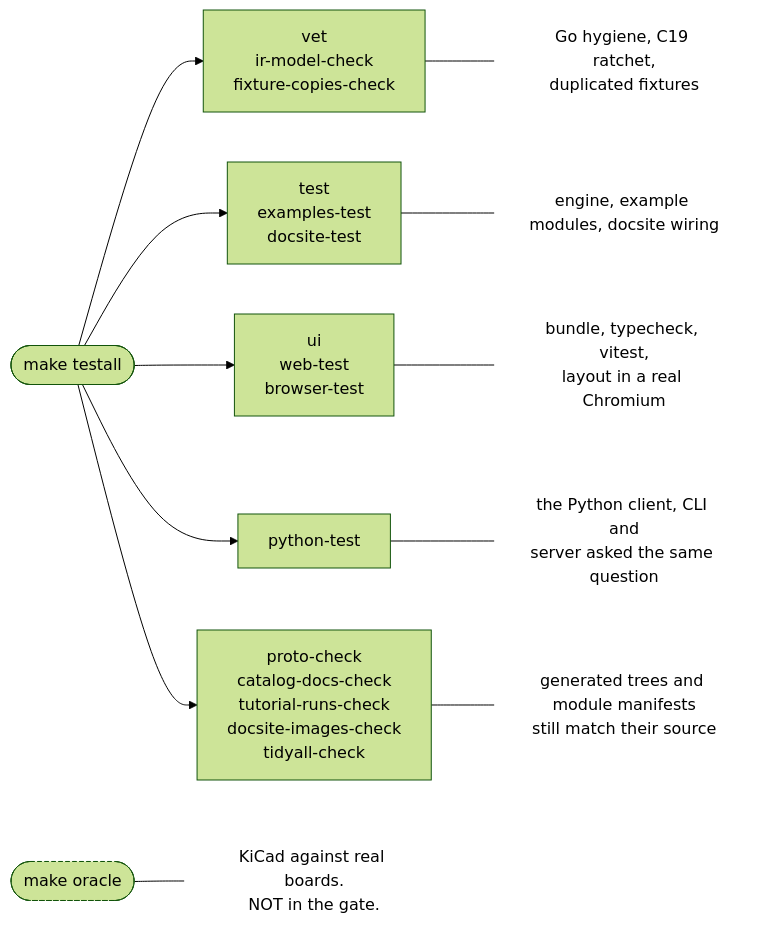
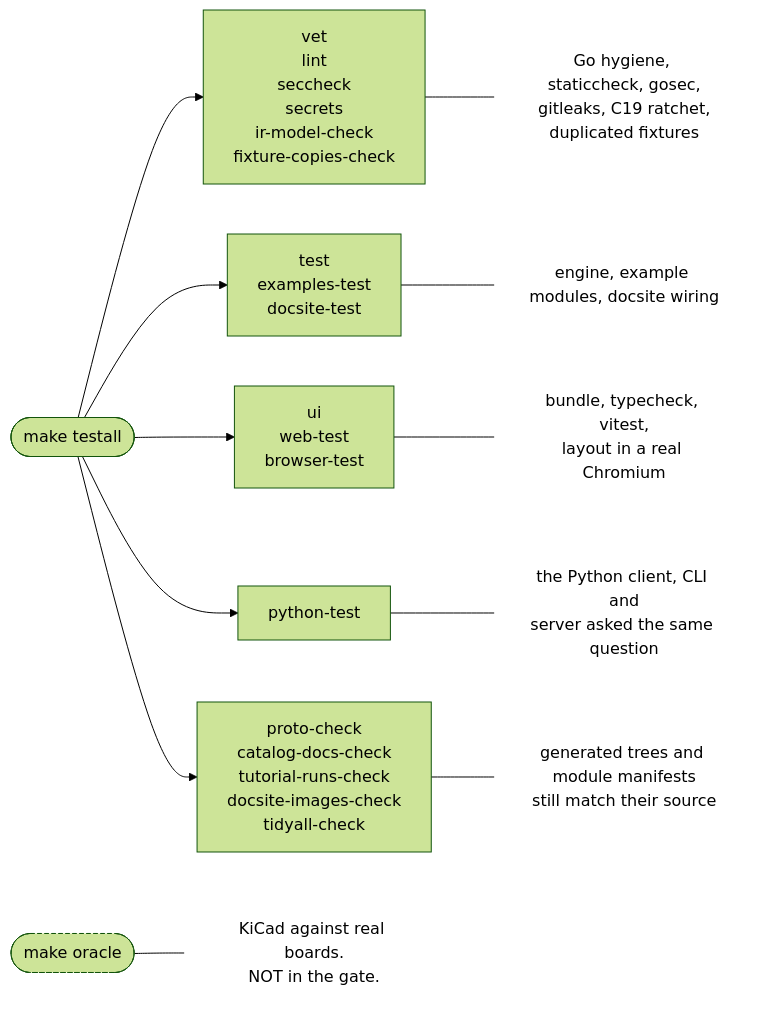
Before and after one commit to panyam/agni: the first of 3 diagrams in docsite/content/build/the-gate.md, drawn with Mermaid (forest theme). The commit also changed other lines of this file and 7 other files, not shown here.

````diff
--- a/docsite/content/build/the-gate.md
+++ b/docsite/content/build/the-gate.md
@@ -8,19 +8,19 @@
 ```mermaid
 flowchart LR
     T(["make testall"])
-    T --> V["vet<br/>ir-model-check<br/>fixture-copies-check"]
+    T --> V["vet<br/>lint<br/>seccheck<br/>secrets<br/>ir-model-check<br/>fixture-copies-check"]
     T --> E["test<br/>examples-test<br/>docsite-test"]
     T --> W["ui<br/>web-test<br/>browser-test"]
     T --> P["python-test"]
     T --> G["proto-check<br/>catalog-docs-check<br/>tutorial-runs-check<br/>docsite-images-check<br/>tidyall-check"]
-    V --- Vn["Go hygiene, C19 ratchet,<br/>duplicated fixtures"]
+    V --- Vn["Go hygiene, staticcheck, gosec,<br/>gitleaks, C19 ratchet,<br/>duplicated fixtures"]
     E --- En["engine, example modules, docsite wiring"]
     W --- Wn["bundle, typecheck, vitest,<br/>layout in a real Chromium"]
     G --- Gn["generated trees and module manifests<br/>still match their source"]
     P --- Pn["the Python client, CLI and<br/>server asked the same question"]
     O(["make oracle"]) --- On["KiCad against real boards.<br/>NOT in the gate."]
     classDef note fill:none,stroke:none;
     classDef out stroke-dasharray: 4 3;
     class Vn,En,Wn,Gn,Pn,On note;
     class O,On out;
 ```
````
